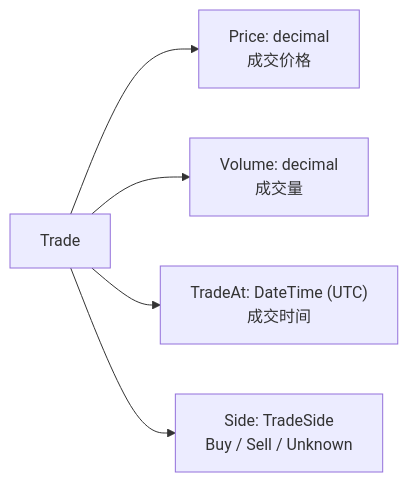
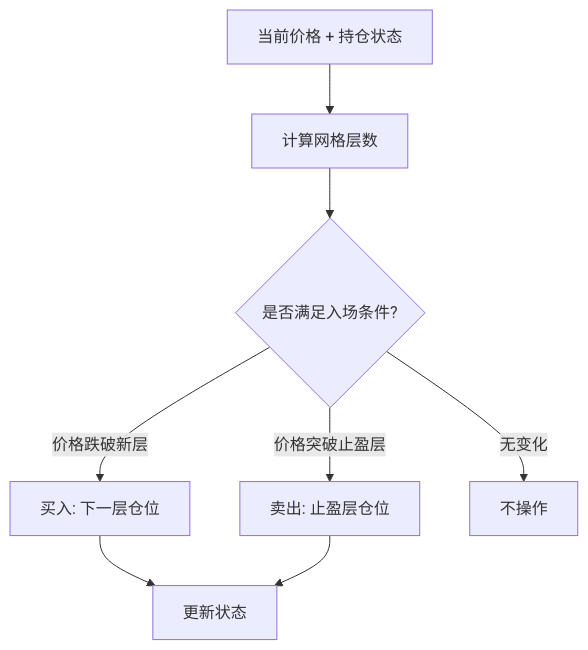
Before and after one commit to bambuo/TradeX: the fifth of 8 diagrams in docs/策略引擎工作流程.md, drawn with Mermaid. The commit also changed other lines of this file and 97 other files, not shown here.

````diff
--- a/docs/策略引擎工作流程.md
+++ b/docs/策略引擎工作流程.md
@@ -637,7 +257,10 @@
 ```mermaid
-flowchart LR
-    A["Trade"] --> B["Price: decimal<br/>成交价格"]
-    A --> C["Volume: decimal<br/>成交量"]
-    A --> D["TradeAt: DateTime (UTC)<br/>成交时间"]
-    A --> E["Side: TradeSide<br/>Buy / Sell / Unknown"]
+flowchart TD
+    A["当前价格 + 持仓状态"] --> B["计算网格层数"]
+    B --> C{"是否满足入场条件?"}
+    C -->|价格跌破新层| D["买入: 下一层仓位"]
+    C -->|价格突破止盈层| E["卖出: 止盈层仓位"]
+    C -->|无变化| F["不操作"]
+    D --> G["更新状态"]
+    E --> G
 ```
````
